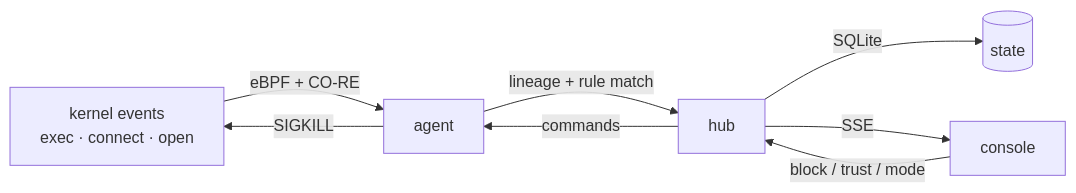
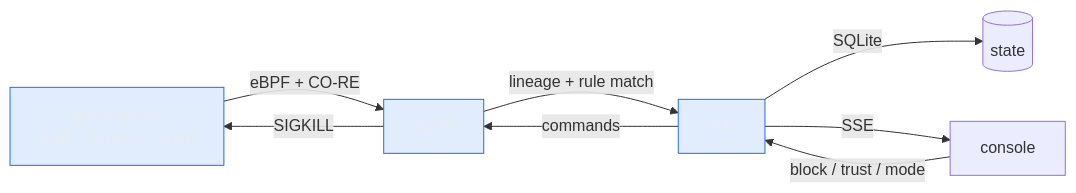
One commit to SWITCHER-X/sentinel changed the first of 3 diagrams in README.md. Above: the diagram before and after it, drawn with Mermaid. The commit also changed other lines of this file and 2 other files, not shown here.

First line of the commit message:
docs: beautify the markdown — badges, diagrams, callouts, scannable tables

````diff
--- a/README.md
+++ b/README.md
@@ -27,10 +38,15 @@
 ```mermaid
 flowchart LR
-    K[kernel events<br/>exec · connect · open] -->|eBPF + CO-RE| A[agent]
-    A -->|lineage + rule match| H[hub]
-    H -->|SQLite| D[(state)]
-    H -->|SSE| U[console]
-    U -->|block / trust / mode| H
-    H -->|commands| A
-    A -->|SIGKILL| K
+    K["kernel events<br/>exec · connect · open"] -->|"eBPF + CO-RE"| A["agent"]
+    A -->|"lineage + rule match"| H["hub"]
+    H -->|"SQLite"| D[("state")]
+    H -->|"SSE"| U["console"]
+    U -->|"block / trust / mode"| H
+    H -->|"commands"| A
+    A -->|"SIGKILL"| K
+
+    classDef k fill:#1f6feb22,stroke:#1f6feb,color:#e7edf3
+    classDef a fill:#2ea04322,stroke:#2ea043,color:#e7edf3
+    classDef h fill:#8fb0d922,stroke:#8fb0d9,color:#e7edf3
+    class K,A,H k
 ```
````
